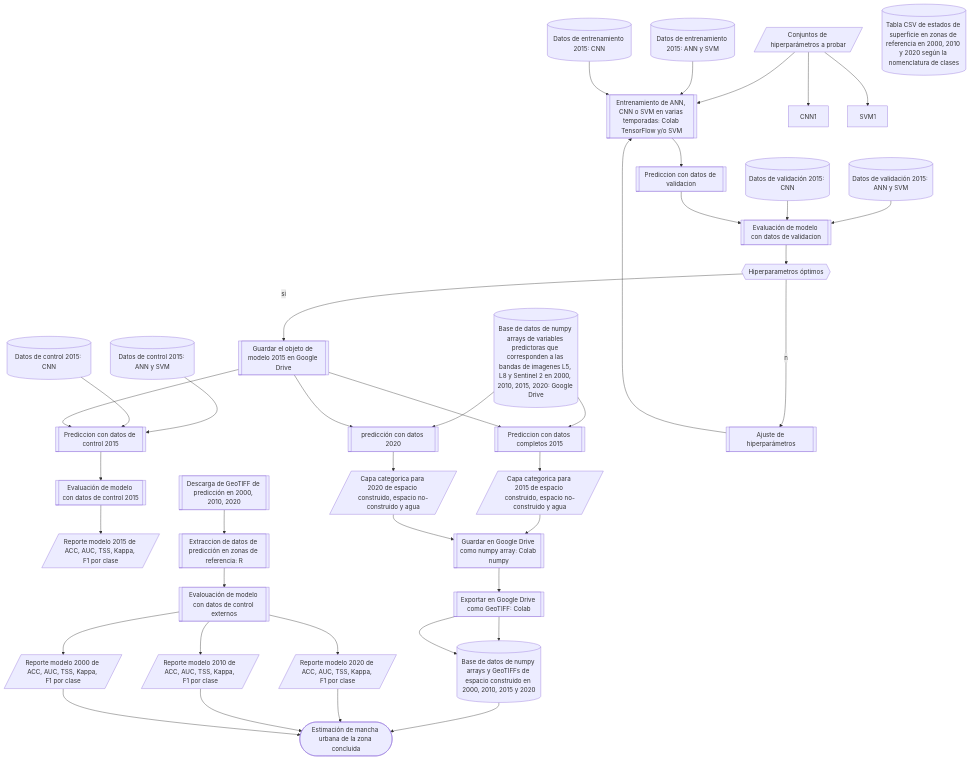
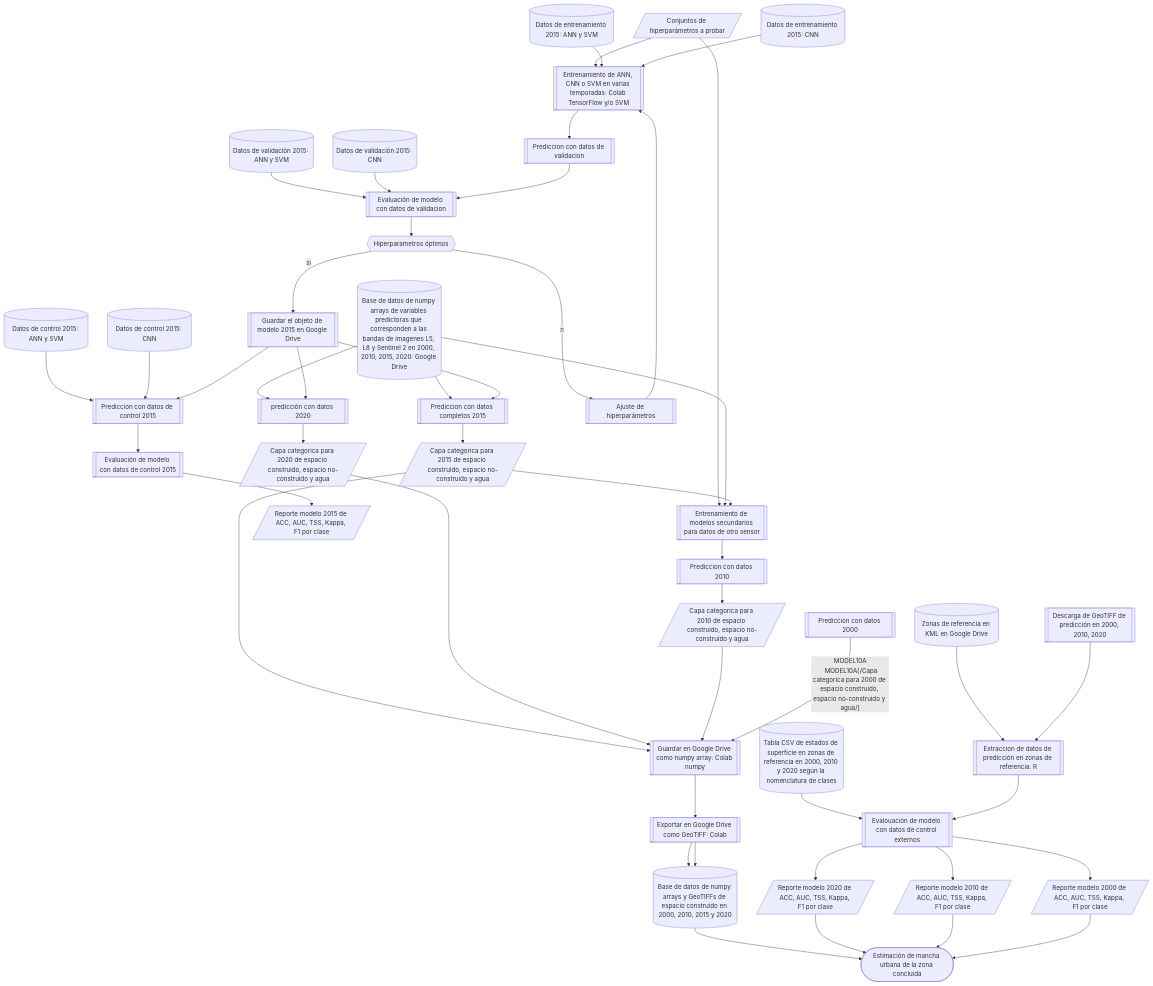
The diagram in AUEM/Esquemas/Esquema_de_procesos_2.mermaid (vshalisko/GEE), drawn with Mermaid before and after one commit.

```diff
--- a/AUEM/Esquemas/Esquema_de_procesos_2.mermaid
+++ b/AUEM/Esquemas/Esquema_de_procesos_2.mermaid
@@ -1,55 +1,65 @@
 flowchart TD
   H1[/Conjuntos de hiperparámetros a probar/]
   H1-->ANN1
-  H1-->CNN1
-  H1-->SVM1
+  H1-->MODEL8
 
   E3A[(Base de datos de numpy arrays de variables predictoras que corresponden a las bandas de imagenes L5, L8 y Sentinel 2 en 2000, 2010, 2015, 2020: Google Drive)]
   E3A-->MODEL4
   E3A-->MODEL6
+  E3A-->MODEL8
   F2A[(Datos de entrenamiento 2015: ANN y SVM)]
   F2A-->ANN1
   F2B[(Datos de validación 2015: ANN y SVM)]
   F2B-->ANN3
   F2C[(Datos de control 2015: ANN y SVM)]
   F2C-->MODEL2
   F3A[(Datos de entrenamiento 2015: CNN)]
   F3A-->ANN1
   F3B[(Datos de validación 2015: CNN)]
   F3B-->ANN3
   F3C[(Datos de control 2015: CNN)]
   F3C-->MODEL2
   B8[(Tabla CSV de estados de superficie en zonas de referencia en 2000, 2010 y 2020 según la nomenclatura de clases)]
+  B8-->Z7
+  B6[(Zonas de referencia en KML en Google Drive)]
+  B6-->Z6
 
   ANN1[[Entrenamiento de ANN, CNN o SVM en varias temporadas: Colab TensorFlow y/o SVM]]-->ANN2
   ANN2[[Prediccion con datos de validacion]]-->ANN3
   ANN3[[Evaluación de modelo con datos de validacion]]-->ANN4
   ANN4{{Hiperparametros óptimos}}--si-->MODEL1
   ANN4--no-->ANN4A
   ANN4A[[Ajuste de hiperparámetros]]-->ANN1
  
   MODEL1[[Guardar el objeto de modelo 2015 en Google Drive]]-->MODEL2
   MODEL1-->MODEL4
   MODEL1-->MODEL6
   MODEL2[[Prediccion con datos de control 2015]]-->MODEL3
   MODEL3[[Evaluación de modelo con datos de control 2015]]-->MODEL3A
   MODEL3A[/Reporte modelo 2015 de ACC, AUC, TSS, Kappa, F1 por clase/]
   MODEL4[[Prediccion con datos completos 2015]]-->MODEL5
   MODEL5[/Capa categorica para 2015 de espacio construido, espacio no-construido y agua/]-->Z1
-  MODEL6[[predicción con datos 2020]]-->MODEL7
-  MODEL7[/Capa categorica para 2020 de espacio construido, espacio no-construido y agua/]-->Z1
+  MODEL5-->MODEL8
+  MODEL6[[predicción con datos 2020]]-->MODEL6A
+  MODEL6A[/Capa categorica para 2020 de espacio construido, espacio no-construido y agua/]-->Z1
+
+  MODEL8[[Entrenamiento de modelos secundarios para datos de otro sensor]]-->MODEL9
+  MODEL9[[Prediccion con datos 2010]]-->MODEL9A
+  MODEL9A[/Capa categorica para 2010 de espacio construido, espacio no-construido y agua/]-->Z1
+  MODEL10[[Prediccion con datos 2000]]--MODEL10A
+  MODEL10A[/Capa categorica para 2000 de espacio construido, espacio no-construido y agua/]-->Z1
 
   Z1[[Guardar en Google Drive como numpy array: Colab numpy]]-->Z2
   Z2[[Exportar en Google Drive como GeoTIFF: Colab]]-->Z4
   Z2-->Z4
   Z4[(Base de datos de numpy arrays y GeoTIFFs de espacio construido en 2000, 2010, 2015 y 2020)]-->END
 
   Z5[[Descarga de GeoTIFF de predicción en 2000, 2010, 2020]]-->Z6
   Z6[[Extraccion de datos de predicción en zonas de referencia: R]]-->Z7
   Z7[[Evalouación de modelo con datos de control externos]]-->Z8A
   Z7-->Z8B
   Z7-->Z8C
   Z8A[/Reporte modelo 2020 de ACC, AUC, TSS, Kappa, F1 por clase/]-->END
   Z8B[/Reporte modelo 2010 de ACC, AUC, TSS, Kappa, F1 por clase/]-->END
   Z8C[/Reporte modelo 2000 de ACC, AUC, TSS, Kappa, F1 por clase/]-->END
   END([Estimación de mancha urbana de la zona concluida])
```
